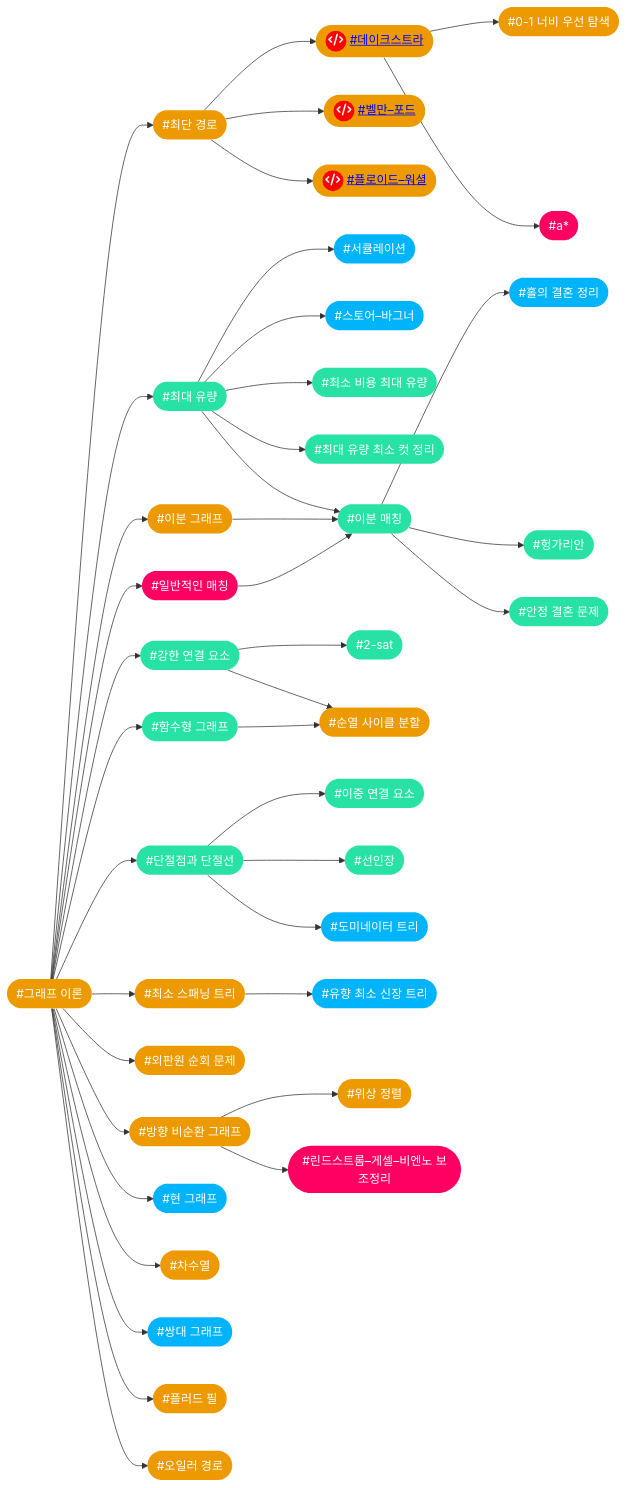
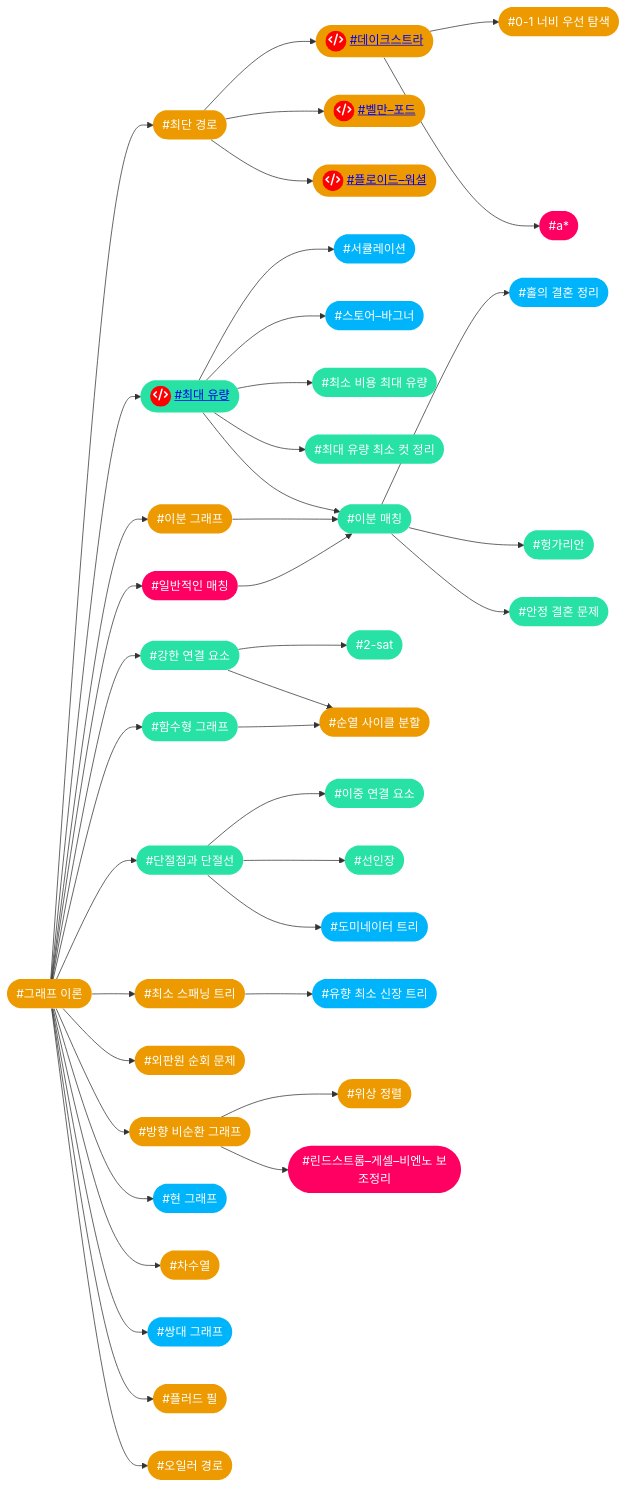
Before and after one commit to CHOYUNSIG/algorithm_with_boj: the seventh of 17 diagrams in index.md, drawn with Mermaid. The commit also changed 5 other files, not shown here.

```diff
--- a/index.md
+++ b/index.md
@@ -359,7 +359,7 @@
     #general_matching(["#일반적인 매칭"]):::tier5
     #degree_sequence(["#차수열"]):::tier2
     #shortest_path(["#최단 경로"]):::tier2
-    #flow(["#최대 유량"]):::tier3
+    #flow(["<span style="background-color: red; border-radius: 50%; display:inline-block; width:28px; height:28px">fa:fa-code</span> <a href="post/2024/02/01/flow.html">#최대 유량</a>"]):::tier3
     #mfmc(["#최대 유량 최소 컷 정리"]):::tier3
     #mcmf(["#최소 비용 최대 유량"]):::tier3
     #mst(["#최소 스패닝 트리"]):::tier2
```
